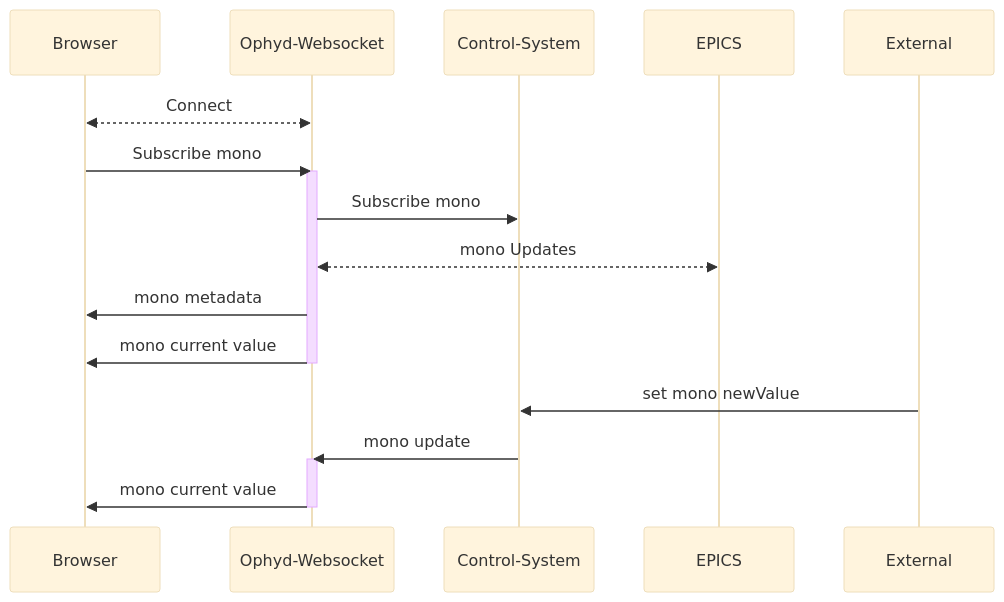
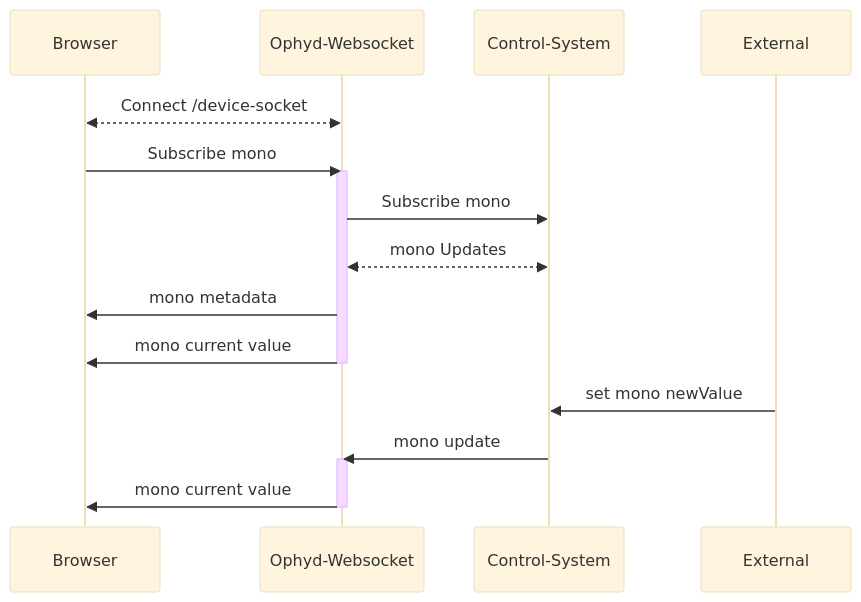
One commit to bluesky/ophyd-websocket changed the first of 2 diagrams in README.md. Above: the diagram before and after it, drawn with Mermaid (base theme). The commit also changed other lines of this file, not shown here.

````diff
--- a/README.md
+++ b/README.md
@@ -141,16 +148,16 @@
 ```mermaid
 sequenceDiagram
-        Browser<<-->>Ophyd-Websocket: Connect
+        Browser<<-->>Ophyd-Websocket: Connect /device-socket
         Browser->>Ophyd-Websocket: Subscribe mono
         activate Ophyd-Websocket
         Ophyd-Websocket->>Control-System: Subscribe mono
-        EPICS<<-->>Ophyd-Websocket: mono Updates
+        Control-System<<-->>Ophyd-Websocket: mono Updates
         Ophyd-Websocket->>Browser: mono metadata
         Ophyd-Websocket->>Browser: mono current value
         deactivate Ophyd-Websocket
         External->>Control-System: set mono newValue
         Control-System->>Ophyd-Websocket: mono update
         activate Ophyd-Websocket
         Ophyd-Websocket->>Browser: mono current value
         deactivate Ophyd-Websocket
 ```
````
